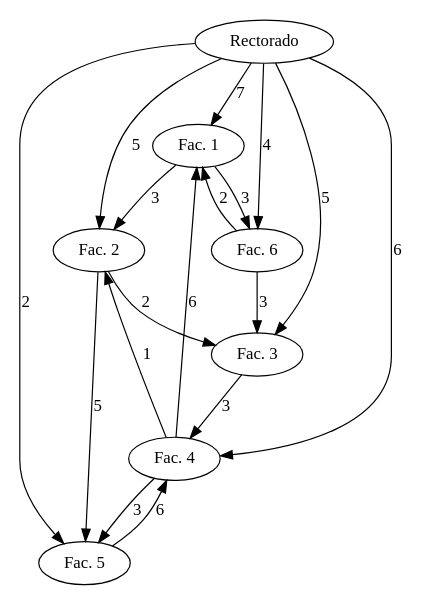
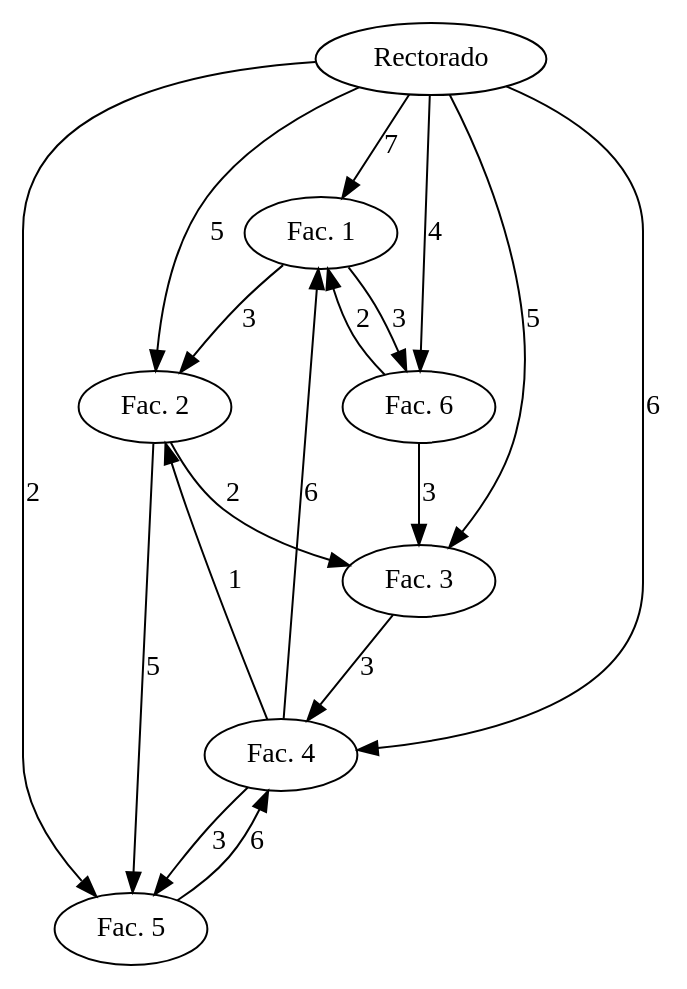
The diagram in src/ocg/vh2_01.dot (Serabe/Homeworks), drawn with Graphviz before and after one commit. The commit also changed 2 other files, not shown here.

```diff
--- a/src/ocg/vh2_01.dot
+++ b/src/ocg/vh2_01.dot
@@ -1,28 +1,26 @@
 digraph G {
-
-    size="5,4";
 
     Rectorado -> "Fac. 1" [label="7"];
     Rectorado -> "Fac. 2" [label="5"];
     Rectorado -> "Fac. 3" [label="5"];
     Rectorado -> "Fac. 4" [label="6"];
     Rectorado -> "Fac. 5" [label="2"];
     Rectorado -> "Fac. 6" [label="4"];
     
     "Fac. 1"  -> "Fac. 2" [label="3"];
     "Fac. 1"  -> "Fac. 6" [label="3"];
 
     "Fac. 2"  -> "Fac. 3" [label="2"];
     "Fac. 2"  -> "Fac. 5" [label="5"];
 
     "Fac. 3"  -> "Fac. 4" [label="3"];
 
     "Fac. 4"  -> "Fac. 1" [label="6"];
     "Fac. 4"  -> "Fac. 2" [label="1"];
     "Fac. 4"  -> "Fac. 5" [label="3"];
 
     "Fac. 5"  -> "Fac. 4" [label="6"];
 
     "Fac. 6"  -> "Fac. 1" [label="2"];
     "Fac. 6"  -> "Fac. 3" [label="3"];
 }
```
